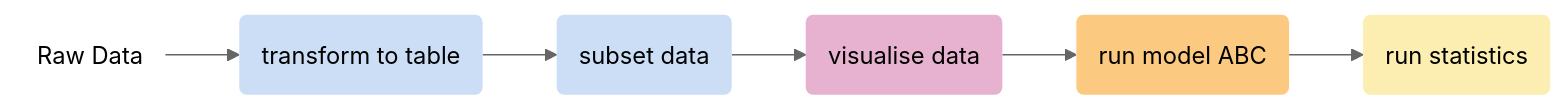
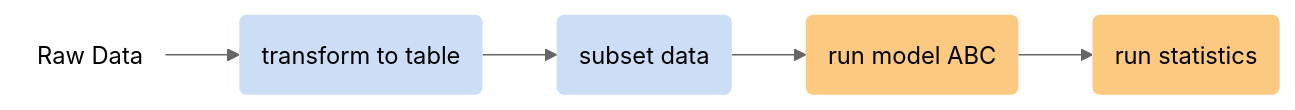
Before and after one commit to carpentries-incubator/managing-computational-projects: the second of 2 diagrams in _episodes/05-implementation.md, drawn with Mermaid. The commit also changed other lines of this file, not shown here.

Commit message:
Changes to the implementation file

````diff
--- a/_episodes/05-implementation.md
+++ b/_episodes/05-implementation.md
@@ -69,18 +67,16 @@
 ```mermaid
 %%{init: {'theme': 'neutral' } }%%
 graph LR
 
 A(Raw Data) --> B(transform to table)
 B -->C(subset data)
-C--> D(visualise data)
-D--> E(run model ABC)
+C--> E(run model ABC)
 E--> F(run statistics)
 
 style A fill:#fff,stroke:#333,stroke-width:0px
 style B fill:#cbdef6,stroke:#333,stroke-width:0px
 style C fill:#cbdef6,stroke:#333,stroke-width:0px
-style D fill:#e6b2cf,stroke:#333,stroke-width:0px
 style E fill:#FCC981,stroke:#333,stroke-width:0px
-style F fill:#fcedb0,stroke:#333,stroke-width:0px
+style F fill:#FCC981,stroke:#333,stroke-width:0px
 
 ```
````
